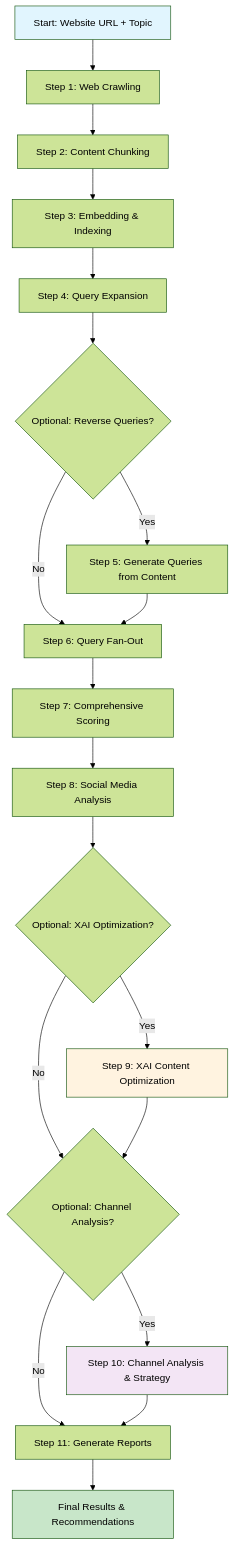
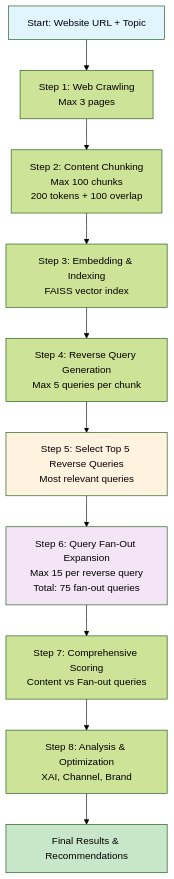
The diagram in README.md (Anyueow/zero-click-compass), drawn with Mermaid (forest theme) before and after one commit. The commit also changed other lines of this file and 3 other files, not shown here.

````diff
--- a/README.md
+++ b/README.md
@@ -59,31 +64,17 @@
 ```mermaid
 graph TD
-    A[Start: Website URL + Topic] --> B[Step 1: Web Crawling]
-    B --> C[Step 2: Content Chunking]
-    C --> D[Step 3: Embedding & Indexing]
-    D --> E[Step 4: Query Expansion]
-    
-    E --> F{Optional: Reverse Queries?}
-    F -->|Yes| G[Step 5: Generate Queries from Content]
-    F -->|No| H[Step 6: Query Fan-Out]
-    G --> H
-    
-    H --> I[Step 7: Comprehensive Scoring]
-    I --> J[Step 8: Social Media Analysis]
-    
-    J --> K{Optional: XAI Optimization?}
-    K -->|Yes| L[Step 9: XAI Content Optimization]
-    K -->|No| M{Optional: Channel Analysis?}
-    L --> M
-    
-    M -->|Yes| N[Step 10: Channel Analysis & Strategy]
-    M -->|No| O[Step 11: Generate Reports]
-    N --> O
-    
-    O --> P[Final Results & Recommendations]
+    A[Start: Website URL + Topic] --> B[Step 1: Web Crawling<br/>Max 3 pages]
+    B --> C[Step 2: Content Chunking<br/>Max 100 chunks<br/>200 tokens + 100 overlap]
+    C --> D[Step 3: Embedding & Indexing<br/>FAISS vector index]
+    D --> E[Step 4: Reverse Query Generation<br/>Max 5 queries per chunk]
+    E --> F[Step 5: Select Top 5 Reverse Queries<br/>Most relevant queries]
+    F --> G[Step 6: Query Fan-Out Expansion<br/>Max 15 per reverse query<br/>Total: 75 fan-out queries]
+    G --> H[Step 7: Comprehensive Scoring<br/>Content vs Fan-out queries]
+    H --> I[Step 8: Analysis & Optimization<br/>XAI, Channel, Brand]
+    I --> J[Final Results & Recommendations]
     
     style A fill:#e1f5fe
-    style P fill:#c8e6c9
-    style L fill:#fff3e0
-    style N fill:#f3e5f5
+    style J fill:#c8e6c9
+    style F fill:#fff3e0
+    style G fill:#f3e5f5
 ```
````
